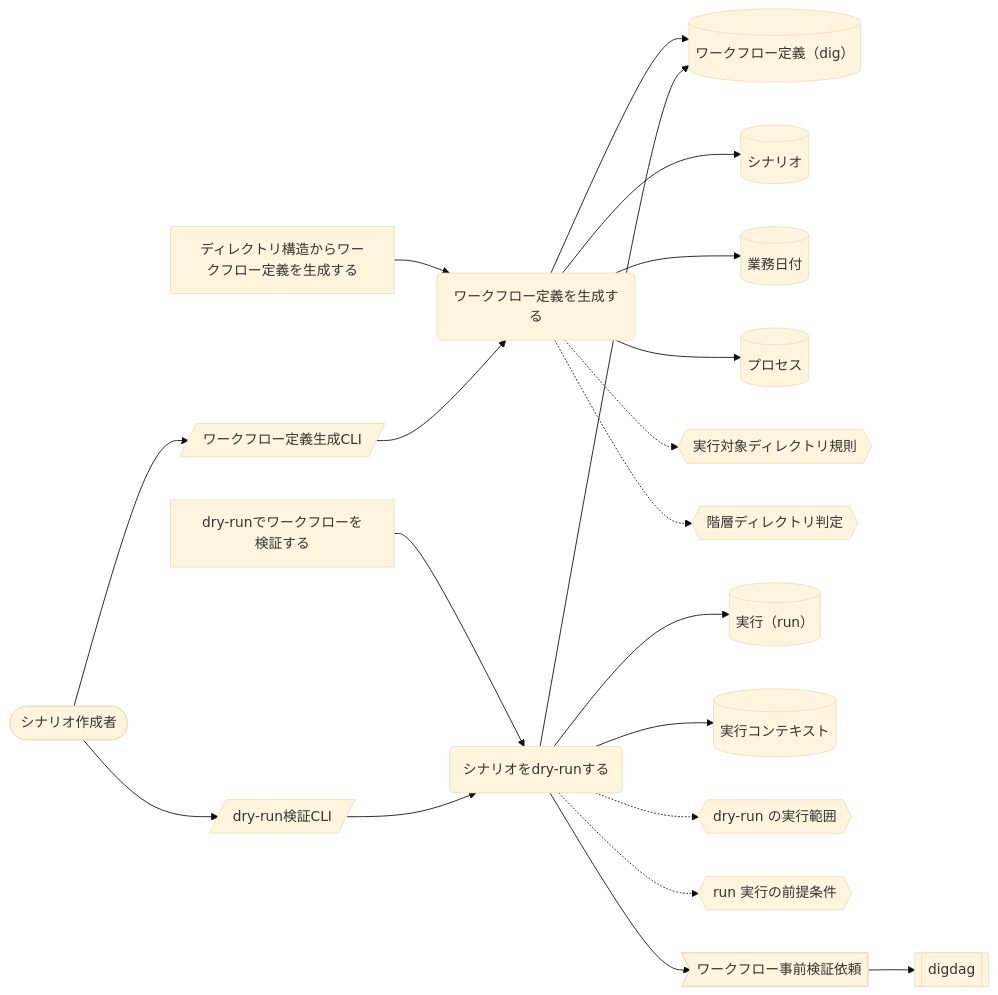
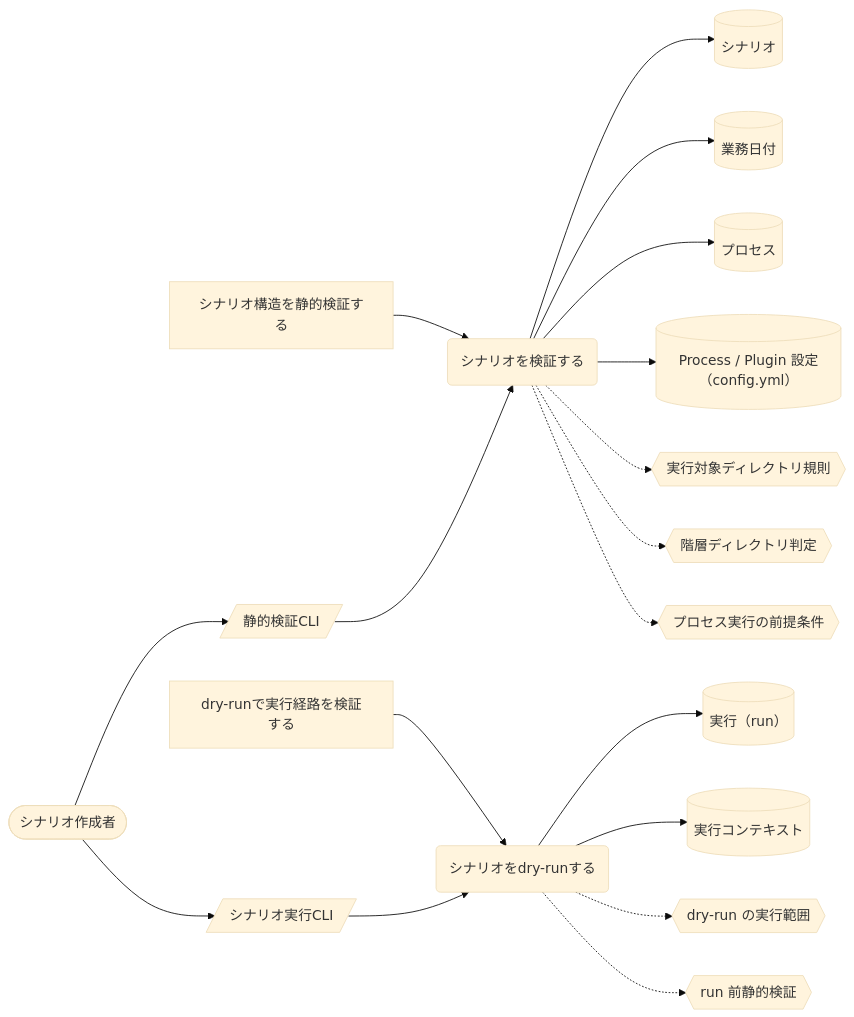
The fourth of 7 diagrams in docs/rdra/latest/views/04_UC複合図.md (scenario-test-framework/stfw), drawn with Mermaid (base theme) before and after one commit. The commit also changed other lines of this file and 22 other files, not shown here.

First line of the commit message:
docs(requirements): v1.0 リアーキテクティングを USDM/RDRA に反映 (event: 20260708_084933_v1_rearchitecting)

````diff
--- a/docs/rdra/latest/views/04_UC複合図.md
+++ b/docs/rdra/latest/views/04_UC複合図.md
@@ -169,41 +150,38 @@
 ```mermaid
 graph LR
-  UC1("ワークフロー定義を生成する")
-  AT1["ディレクトリ構造からワークフロー定義を生成する"]
-  IF1[("ワークフロー定義（dig）")]
-  IF2[("シナリオ")]
-  IF3[("業務日付")]
-  IF4[("プロセス")]
+  UC1("シナリオを検証する")
+  AT1["シナリオ構造を静的検証する"]
+  IF1[("シナリオ")]
+  IF2[("業務日付")]
+  IF3[("プロセス")]
+  IF4[("Process / Plugin 設定（config.yml）")]
   CD1{{"実行対象ディレクトリ規則"}}
   CD2{{"階層ディレクトリ判定"}}
-  SC1[/"ワークフロー定義生成CLI"/]
+  CD3{{"プロセス実行の前提条件"}}
+  SC1[/"静的検証CLI"/]
   AC1(["シナリオ作成者"])
   UC2("シナリオをdry-runする")
-  AT2["dry-runでワークフローを検証する"]
+  AT2["dry-runで実行経路を検証する"]
   IF5[("実行（run）")]
   IF6[("実行コンテキスト")]
-  CD3{{"dry-run の実行範囲"}}
-  CD4{{"run 実行の前提条件"}}
-  SC2[/"dry-run検証CLI"/]
-  EV1>"ワークフロー事前検証依頼"]
-  EX1[["digdag"]]
+  CD4{{"dry-run の実行範囲"}}
+  CD5{{"run 前静的検証"}}
+  SC2[/"シナリオ実行CLI"/]
   AT1 --> UC1
   UC1 --> IF1
   UC1 --> IF2
   UC1 --> IF3
   UC1 --> IF4
   UC1 -.-> CD1
   UC1 -.-> CD2
+  UC1 -.-> CD3
   AC1 --> SC1
   SC1 --> UC1
   AT2 --> UC2
   UC2 --> IF5
-  UC2 --> IF1
   UC2 --> IF6
-  UC2 -.-> CD3
   UC2 -.-> CD4
+  UC2 -.-> CD5
   AC1 --> SC2
   SC2 --> UC2
-  UC2 --> EV1
-  EV1 --> EX1
 ```
````
